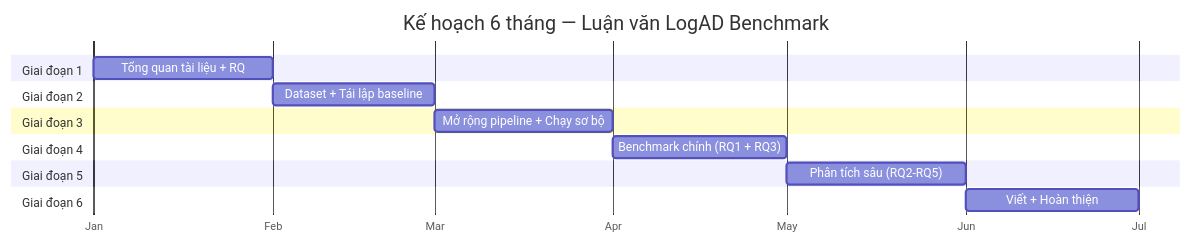
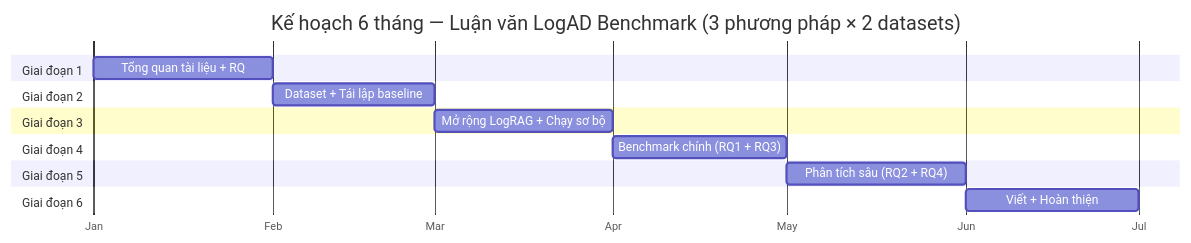
The diagram in ke_hoach_thuc_hien.md (rubyhcm/code-papers), drawn with Mermaid before and after one commit. The commit also changed other lines of this file and 15 other files, not shown here.

````diff
--- a/ke_hoach_thuc_hien.md
+++ b/ke_hoach_thuc_hien.md
@@ -7,24 +7,24 @@
 ```mermaid
 gantt
-    title Kế hoạch 6 tháng — Luận văn LogAD Benchmark
+    title Kế hoạch 6 tháng — Luận văn LogAD Benchmark (3 phương pháp × 2 datasets)
     dateFormat  YYYY-MM
     axisFormat  %b
 
     section Giai đoạn 1
     Tổng quan tài liệu + RQ           :g1, 2027-01, 1M
 
     section Giai đoạn 2
     Dataset + Tái lập baseline         :g2, after g1, 1M
 
     section Giai đoạn 3
-    Mở rộng pipeline + Chạy sơ bộ      :g3, after g2, 1M
+    Mở rộng LogRAG + Chạy sơ bộ        :g3, after g2, 1M
 
     section Giai đoạn 4
     Benchmark chính (RQ1 + RQ3)        :g4, after g3, 1M
 
     section Giai đoạn 5
-    Phân tích sâu (RQ2-RQ5)           :g5, after g4, 1M
+    Phân tích sâu (RQ2 + RQ4)         :g5, after g4, 1M
 
     section Giai đoạn 6
     Viết + Hoàn thiện                  :g6, after g5, 1M
 ```
````
